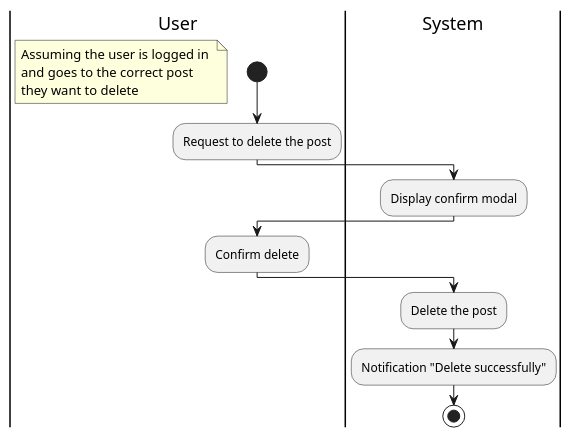
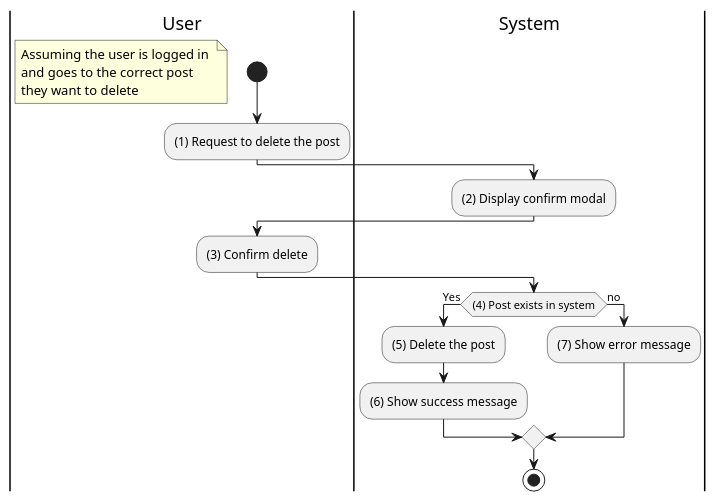
The diagram in Lab 1.2/puml-code/activity/delete-post.puml (doublek2712/SE357-Pratice-class), drawn with PlantUML before and after one commit. The commit also changed 2 other files, not shown here.

```diff
--- a/Lab 1.2/puml-code/activity/delete-post.puml
+++ b/Lab 1.2/puml-code/activity/delete-post.puml
@@ -1,18 +1,22 @@
 @startuml
 |User|
 start
 floating note left
 Assuming the user is logged in 
 and goes to the correct post 
 they want to delete
 end note
-:Request to delete the post;
+:(1) Request to delete the post;
 |System|
-:Display confirm modal;
+:(2) Display confirm modal;
 |User|
-:Confirm delete;
+:(3) Confirm delete;
 |System|
-:Delete the post;
-:Notification "Delete successfully";
+if ((4) Post exists in system) then (Yes)
+:(5) Delete the post;
+:(6) Show success message;
+else (no)
+:(7) Show error message;
+endif
 stop
 @enduml
```
